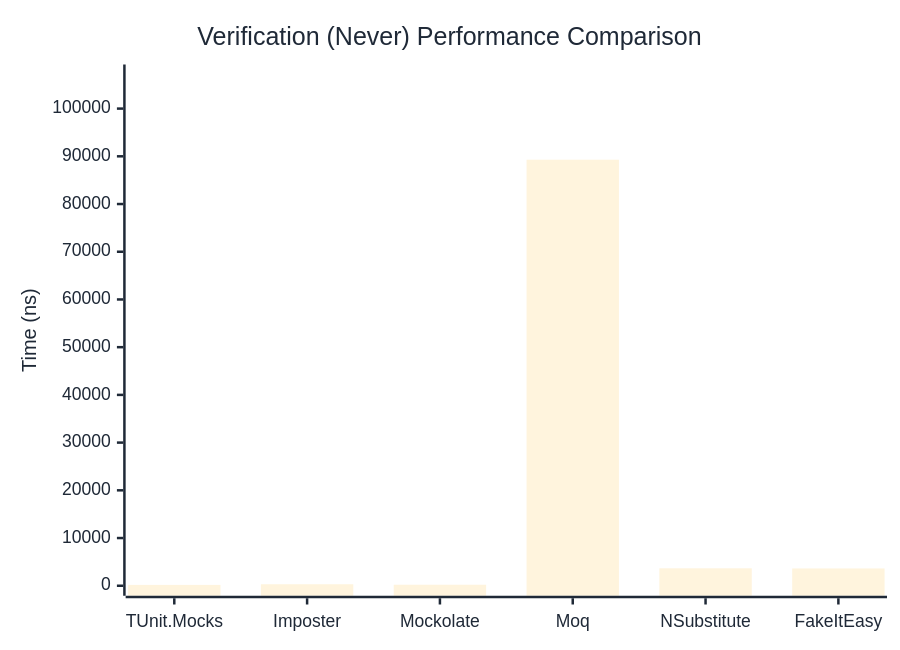
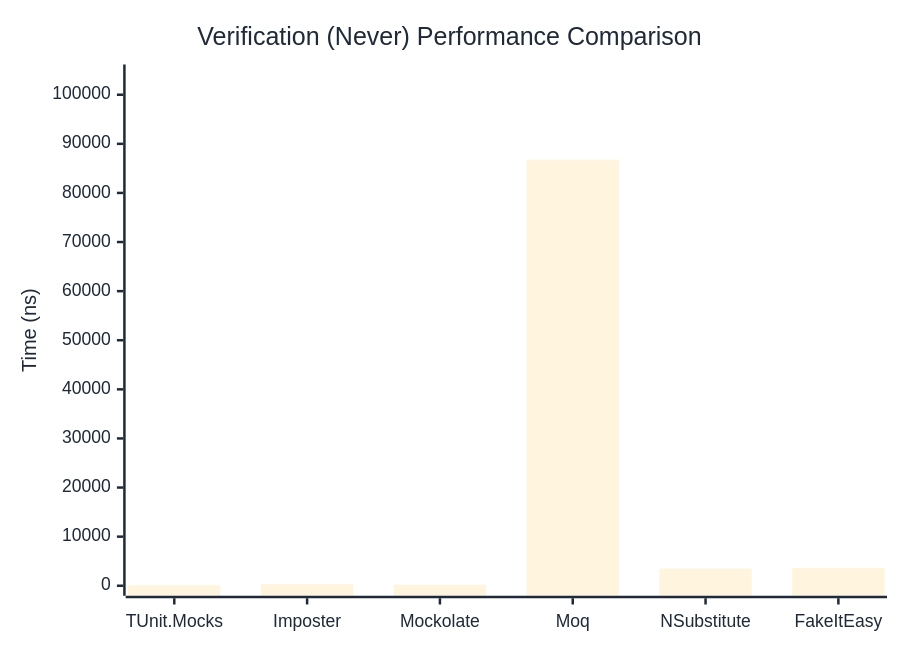
One commit to thomhurst/TUnit changed the second of 3 diagrams in docs/docs/benchmarks/mocks/Verification.md. Above: the diagram before and after it, drawn with Mermaid. The commit also changed other lines of this file and 14 other files, not shown here.

````diff
--- a/docs/docs/benchmarks/mocks/Verification.md
+++ b/docs/docs/benchmarks/mocks/Verification.md
@@ -69,27 +69,27 @@
 ```mermaid
 %%{init: {
   'theme':'base',
   'themeVariables': {
     'primaryColor': '#2563eb',
     'primaryTextColor': '#1f2937',
     'primaryBorderColor': '#1e40af',
     'lineColor': '#6b7280',
     'secondaryColor': '#7c3aed',
     'tertiaryColor': '#dc2626',
     'background': '#ffffff',
     'pie1': '#2563eb',
     'pie2': '#7c3aed',
     'pie3': '#dc2626',
     'pie4': '#f59e0b',
     'pie5': '#10b981',
     'pie6': '#06b6d4',
     'pie7': '#ec4899',
     'pie8': '#6366f1'
   }
 }}%%
 xychart-beta
   title "Verification (Never) Performance Comparison"
   x-axis ["TUnit.Mocks", "Imposter", "Mockolate", "Moq", "NSubstitute", "FakeItEasy"]
-  y-axis "Time (ns)" 0 --> 107146
-  bar [178.4, 313.6, 215, 89288.2, 3656.8, 3626.9]
+  y-axis "Time (ns)" 0 --> 104120
+  bar [77.4, 314.22, 205.99, 86766.43, 3506.37, 3644.7]
 ```
````
